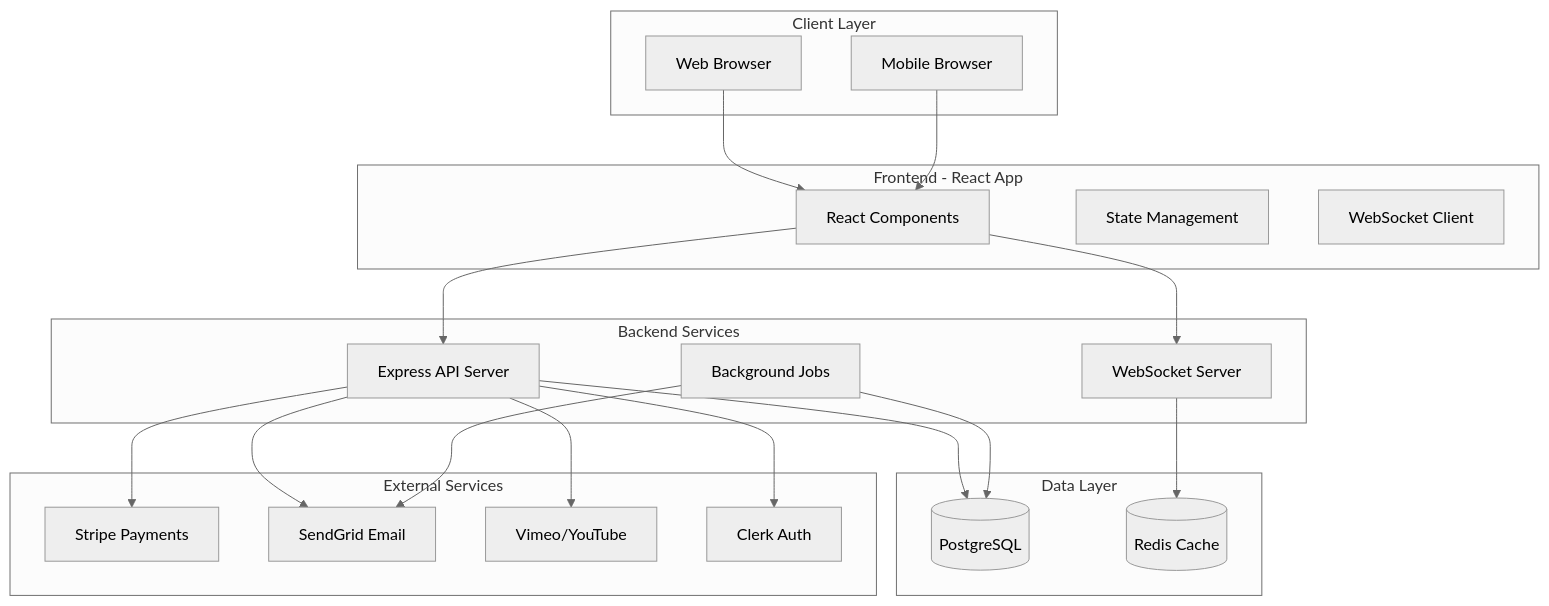
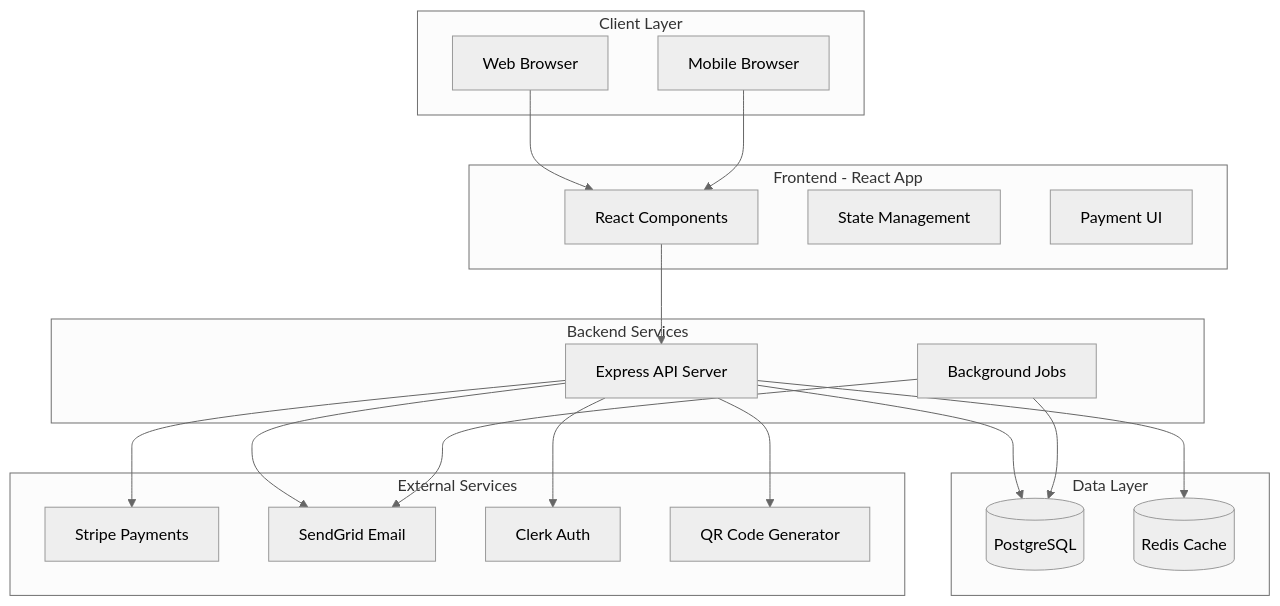
The first of 6 diagrams in Project/README.md (Deimos999/Web-dev), drawn with Mermaid (neutral theme) before and after one commit. The commit also changed other lines of this file, not shown here.

````diff
--- a/Project/README.md
+++ b/Project/README.md
@@ -38,44 +39,42 @@
 ```mermaid
 graph TB
     subgraph "Client Layer"
         A[Web Browser]
         B[Mobile Browser]
     end
     
     subgraph "Frontend - React App"
         C[React Components]
         D[State Management]
-        E[WebSocket Client]
+        E[Payment UI]
     end
     
     subgraph "Backend Services"
         F[Express API Server]
-        G[WebSocket Server]
-        H[Background Jobs]
+        G[Background Jobs]
     end
     
     subgraph "Data Layer"
         I[(PostgreSQL)]
         J[(Redis Cache)]
     end
     
     subgraph "External Services"
         K[Stripe Payments]
         L[SendGrid Email]
-        M[Vimeo/YouTube]
         N[Clerk Auth]
+        O[QR Code Generator]
     end
     
     A --> C
     B --> C
     C --> F
-    C --> G
     F --> I
-    G --> J
     F --> K
     F --> L
-    F --> M
     F --> N
-    H --> I
-    H --> L
+    F --> O
+    G --> I
+    G --> L
+    F --> J
 ```
````
